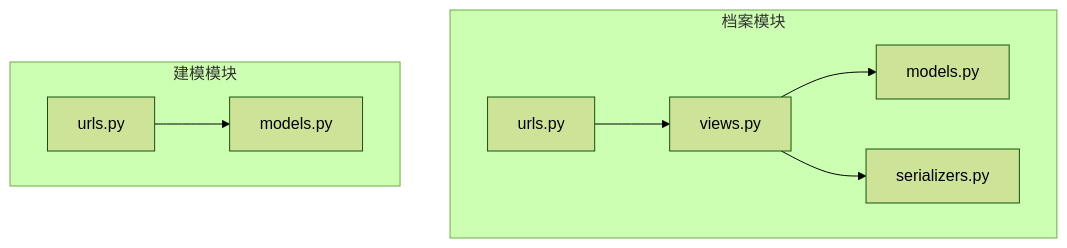
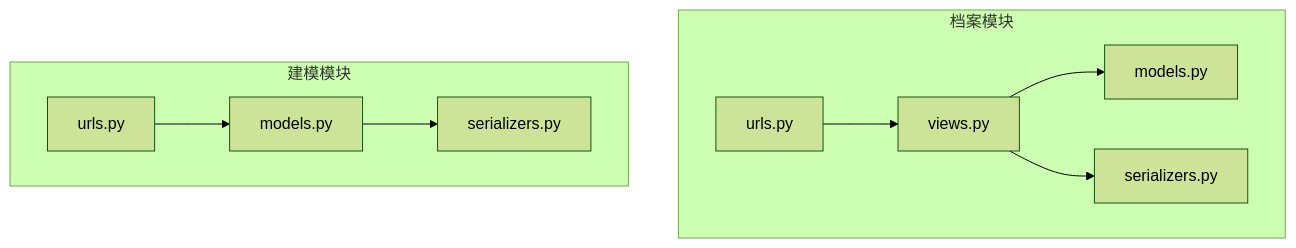
The first of 3 diagrams in .qoder/repowiki/zh/content/API参考文档/档案管理API/档案配置API.md (zyp-coder/Metadata), drawn with Mermaid (forest theme) before and after one commit. The commit also changed other lines of this file and 8 other files, not shown here.

````diff
--- a/.qoder/repowiki/zh/content/API参考文档/档案管理API/档案配置API.md
+++ b/.qoder/repowiki/zh/content/API参考文档/档案管理API/档案配置API.md
@@ -44,17 +46,19 @@
 ```mermaid
 graph TB
 subgraph "档案模块"
 A_models["models.py"]
 A_views["views.py"]
 A_serializers["serializers.py"]
 A_urls["urls.py"]
 end
 subgraph "建模模块"
 M_models["models.py"]
+M_serializers["serializers.py"]
 M_urls["urls.py"]
 end
 A_views --> A_models
 A_views --> A_serializers
 A_urls --> A_views
 M_urls --> M_models
+M_models --> M_serializers
 ```
````
